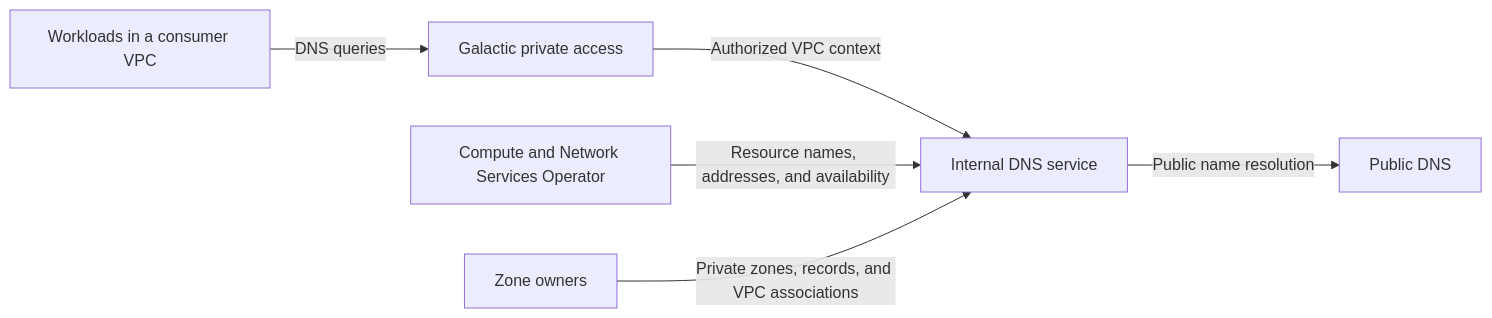
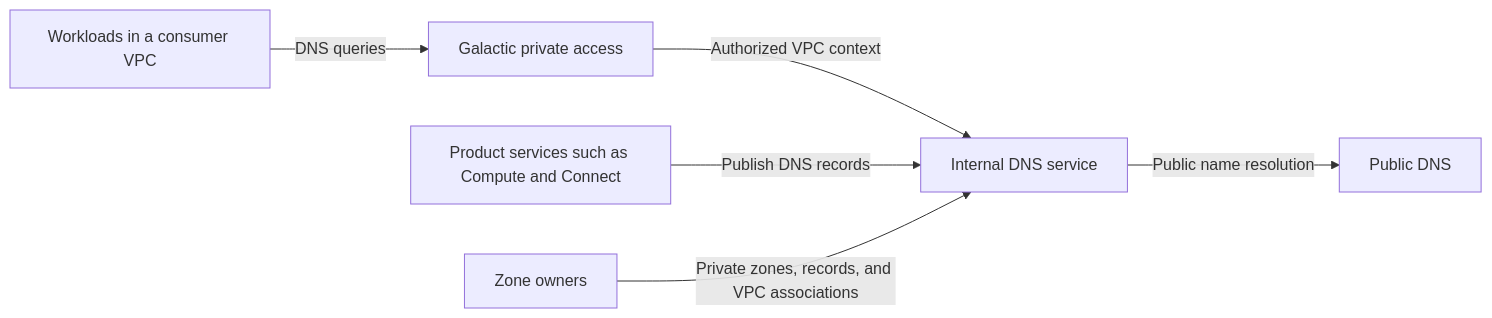
One commit to datum-cloud/enhancements changed the diagram in enhancements/deliver/dns/internal-dns/README.md. Above: the diagram before and after it, drawn with Mermaid. The commit also changed other lines of this file, not shown here.

Commit message:
docs: clarify product services publish their DNS records

````diff
--- a/enhancements/deliver/dns/internal-dns/README.md
+++ b/enhancements/deliver/dns/internal-dns/README.md
@@ -180,8 +180,8 @@
 ```mermaid
 flowchart LR
   W[Workloads in a consumer VPC] -->|DNS queries| G[Galactic private access]
   G -->|Authorized VPC context| D[Internal DNS service]
-  P[Compute and Network Services Operator] -->|Resource names, addresses, and availability| D
+  P["Product services such as Compute and Connect"] -->|Publish DNS records| D
   U[Zone owners] -->|Private zones, records, and VPC associations| D
   D -->|Public name resolution| R[Public DNS]
 ```
````
